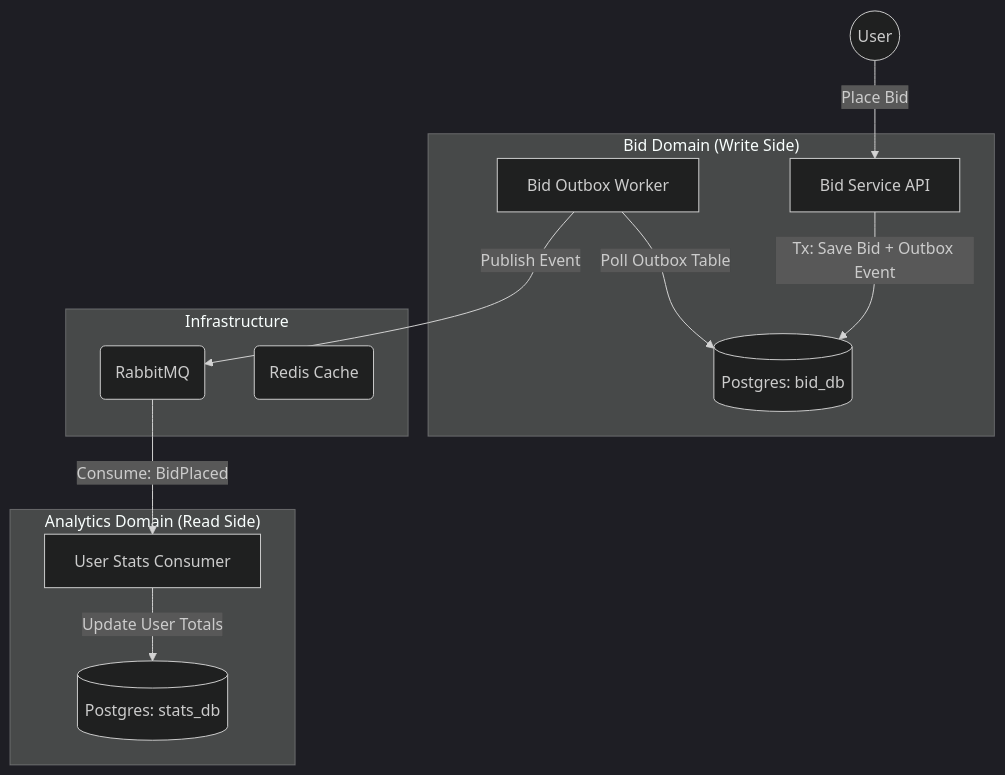
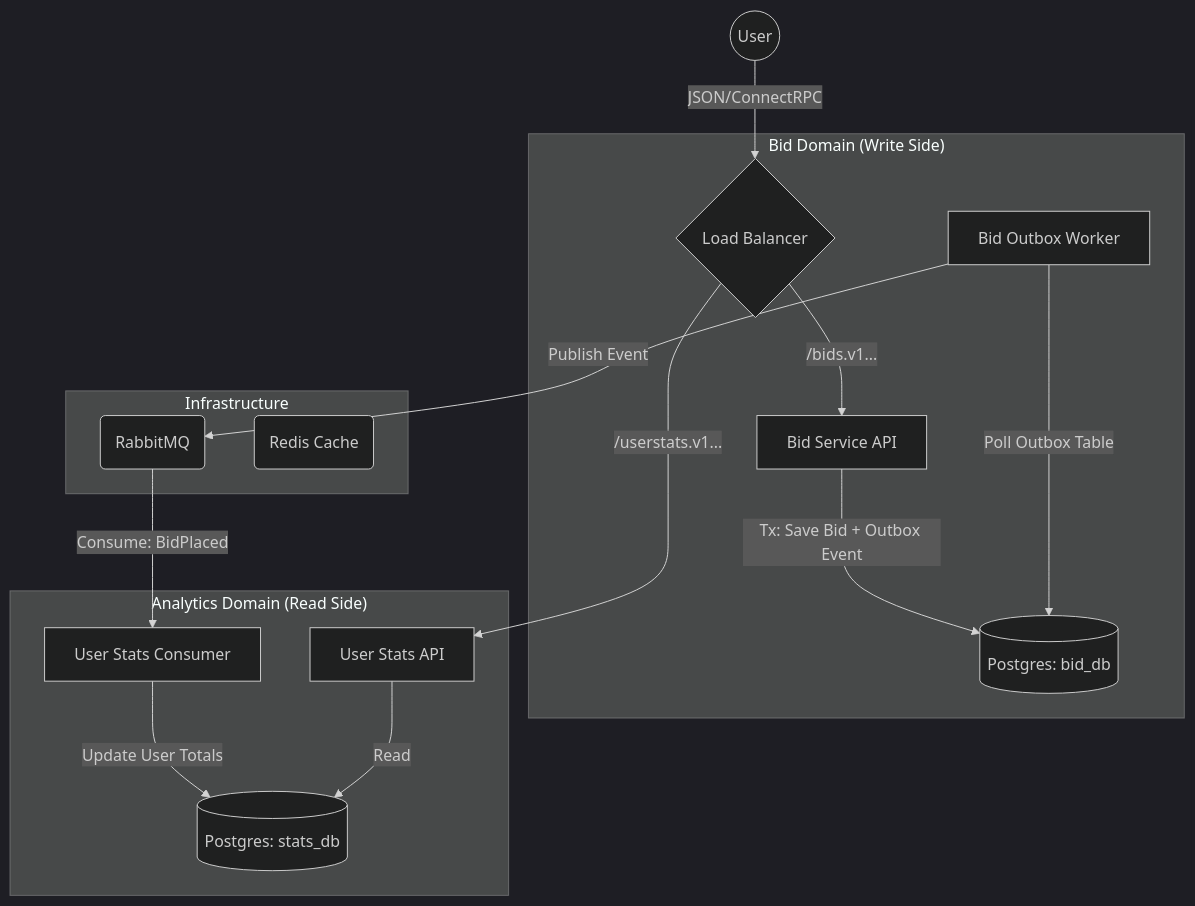
The diagram in README.md (floroz/auction-go), drawn with Mermaid (dark theme) before and after one commit. The commit also changed other lines of this file, not shown here.

Commit message:
docs: api choice

````diff
--- a/README.md
+++ b/README.md
@@ -28,28 +28,32 @@
 ```mermaid
 graph TD
+    User((User)) -->|JSON/ConnectRPC| LB{Load Balancer}
+
     subgraph "Bid Domain (Write Side)"
-        API[Bid Service API]
+        LB -->|/bids.v1...| BidAPI[Bid Service API]
         Worker[Bid Outbox Worker]
         BidDB[(Postgres: bid_db)]
     end
 
     subgraph "Analytics Domain (Read Side)"
+        LB -->|/userstats.v1...| StatsAPI[User Stats API]
         StatsWorker[User Stats Consumer]
         StatsDB[(Postgres: stats_db)]
     end
 
     subgraph "Infrastructure"
         RMQ(RabbitMQ)
         Redis(Redis Cache)
     end
 
     %% Flows
-    User((User)) -->|Place Bid| API
-    API -->|Tx: Save Bid + Outbox Event| BidDB
+    BidAPI -->|Tx: Save Bid + Outbox Event| BidDB
     
     Worker -->|Poll Outbox Table| BidDB
     Worker -->|Publish Event| RMQ
     
     RMQ -->|Consume: BidPlaced| StatsWorker
     StatsWorker -->|Update User Totals| StatsDB
+    
+    StatsAPI -->|Read| StatsDB
 ```
````
